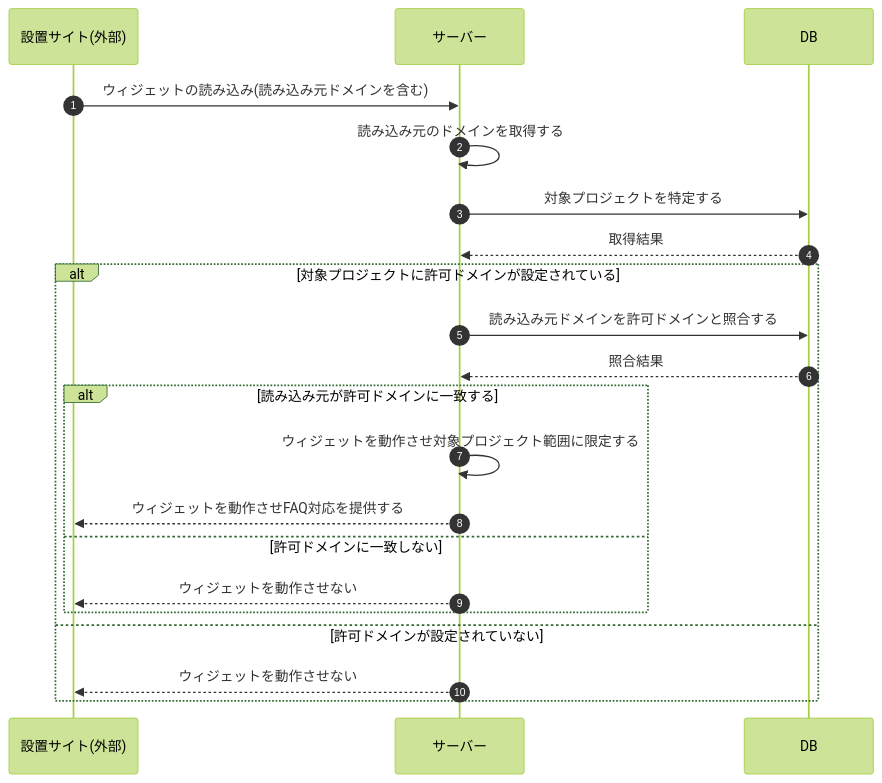
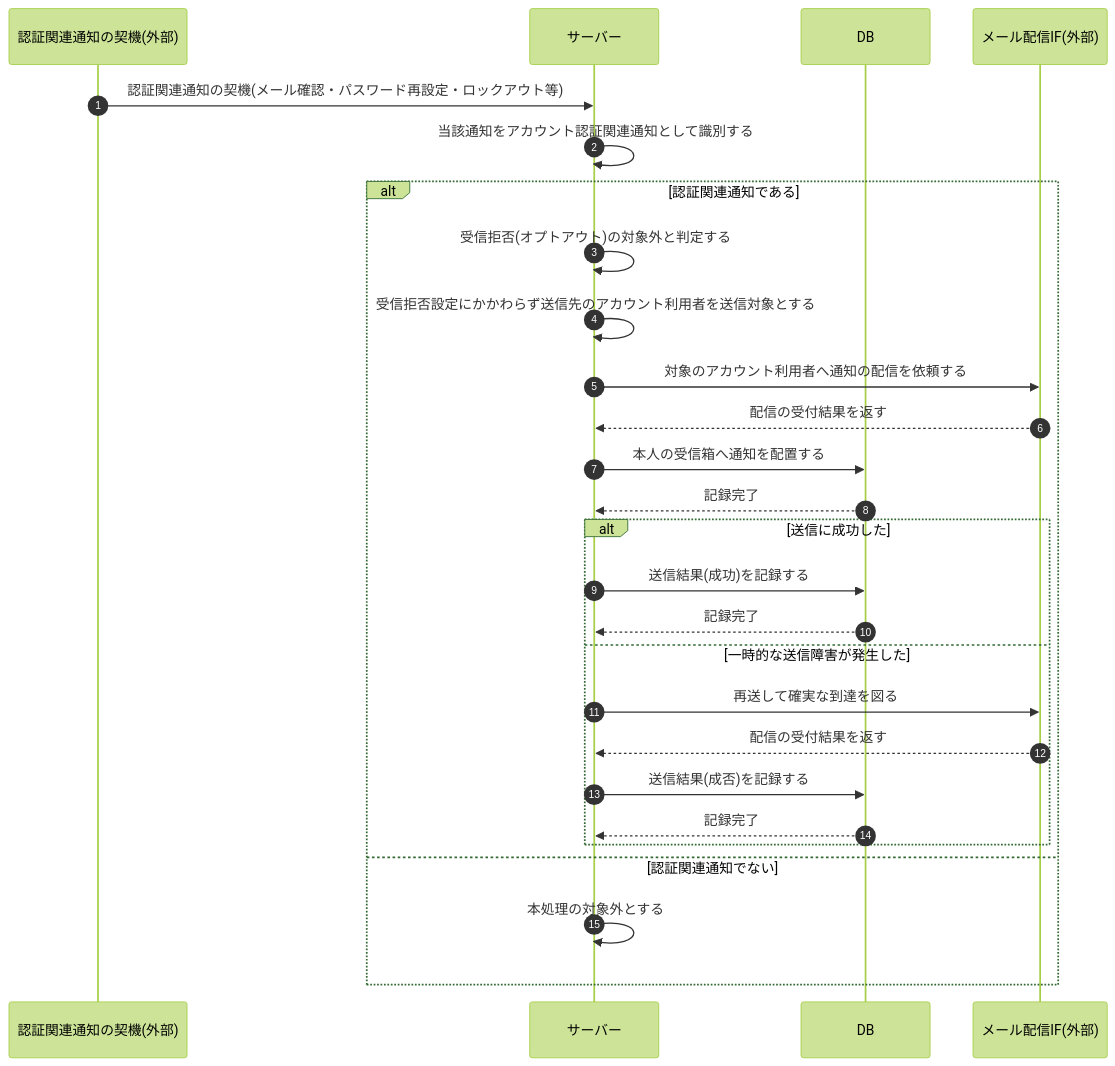
Before and after one commit to sikakou54/open-faq: the diagram in 02_basic_design/03_sequences/SEQ-110.md, drawn with Mermaid (forest theme). The commit also changed other lines of this file and 99 other files, not shown here.

````diff
--- a/02_basic_design/03_sequences/SEQ-110.md
+++ b/02_basic_design/03_sequences/SEQ-110.md
@@ -25,23 +25,29 @@
 ```mermaid
 sequenceDiagram
   autonumber
-  participant Site as 設置サイト(外部)
+  participant TRG as 認証関連通知の契機(外部)
   participant Server as サーバー
   participant DB as DB
-  Site->>Server: ウィジェットの読み込み(読み込み元ドメインを含む)
-  Server->>Server: 読み込み元のドメインを取得する
-  Server->>DB: 対象プロジェクトを特定する
-  DB-->>Server: 取得結果
-  alt 対象プロジェクトに許可ドメインが設定されている
-    Server->>DB: 読み込み元ドメインを許可ドメインと照合する
-    DB-->>Server: 照合結果
-    alt 読み込み元が許可ドメインに一致する
-      Server->>Server: ウィジェットを動作させ対象プロジェクト範囲に限定する
-      Server-->>Site: ウィジェットを動作させFAQ対応を提供する
-    else 許可ドメインに一致しない
-      Server-->>Site: ウィジェットを動作させない
+  participant Email as メール配信IF(外部)
+  TRG->>Server: 認証関連通知の契機(メール確認・パスワード再設定・ロックアウト等)
+  Server->>Server: 当該通知をアカウント認証関連通知として識別する
+  alt 認証関連通知である
+    Server->>Server: 受信拒否(オプトアウト)の対象外と判定する
+    Server->>Server: 受信拒否設定にかかわらず送信先のアカウント利用者を送信対象とする
+    Server->>Email: 対象のアカウント利用者へ通知の配信を依頼する
+    Email-->>Server: 配信の受付結果を返す
+    Server->>DB: 本人の受信箱へ通知を配置する
+    DB-->>Server: 記録完了
+    alt 送信に成功した
+      Server->>DB: 送信結果(成功)を記録する
+      DB-->>Server: 記録完了
+    else 一時的な送信障害が発生した
+      Server->>Email: 再送して確実な到達を図る
+      Email-->>Server: 配信の受付結果を返す
+      Server->>DB: 送信結果(成否)を記録する
+      DB-->>Server: 記録完了
     end
-  else 許可ドメインが設定されていない
-    Server-->>Site: ウィジェットを動作させない
+  else 認証関連通知でない
+    Server->>Server: 本処理の対象外とする
   end
 ```
````
